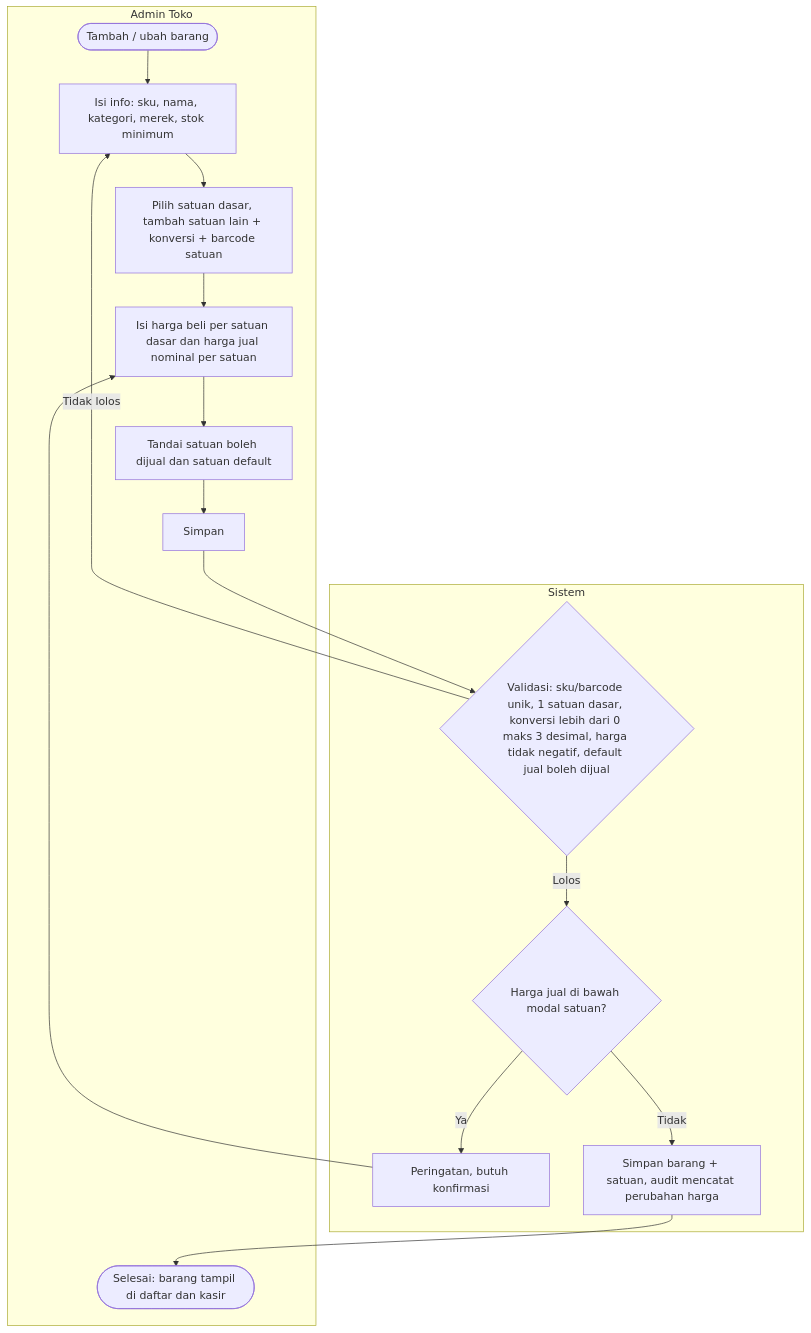
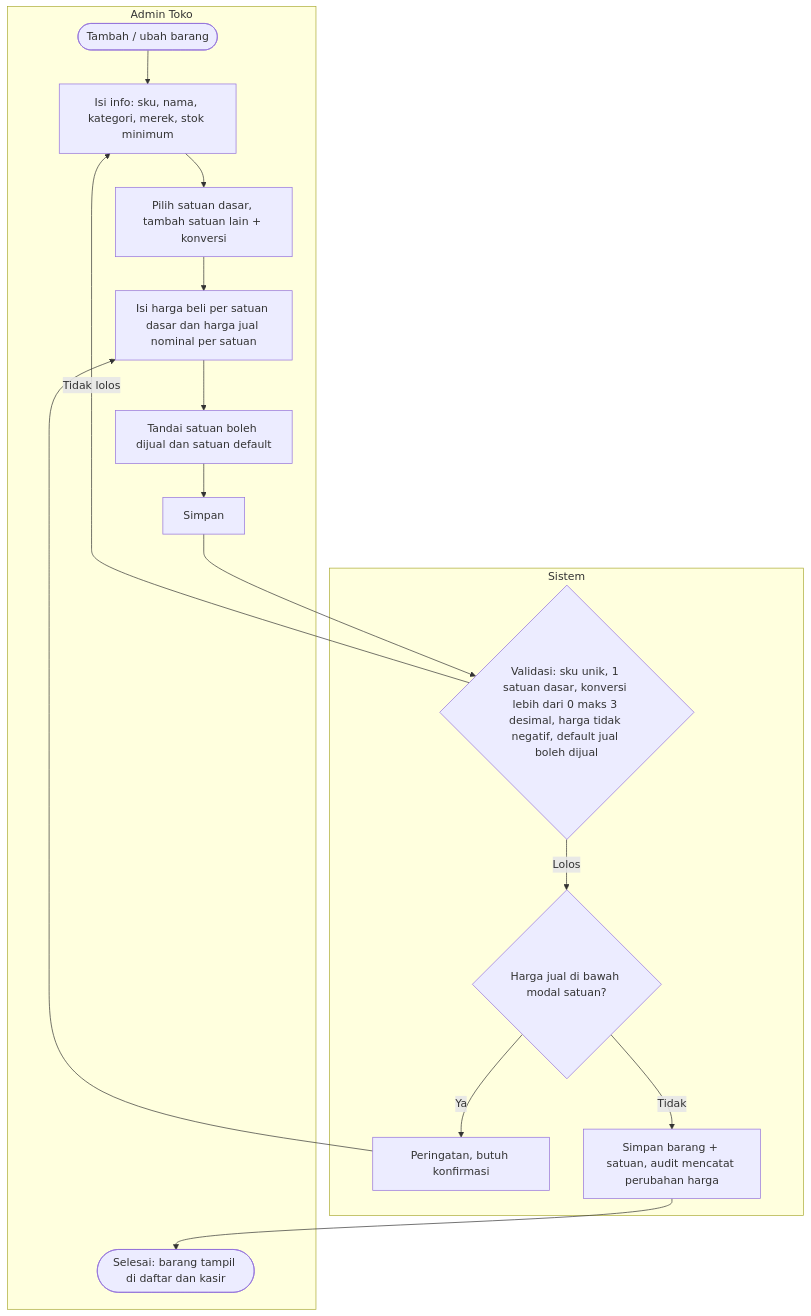
One commit to aliefpraditya/store-management changed the fourth of 30 diagrams in docs/analisis-sistem.md. Above: the diagram before and after it, drawn with Mermaid. The commit also changed other lines of this file and 113 other files, not shown here.

````diff
--- a/docs/analisis-sistem.md
+++ b/docs/analisis-sistem.md
@@ -481,22 +481,22 @@
 ```mermaid
 flowchart TD
     subgraph ADM["Admin Toko"]
         A1(["Tambah / ubah barang"]) --> A2["Isi info: sku, nama, kategori, merek, stok minimum"]
-        A2 --> A3["Pilih satuan dasar, tambah satuan lain + konversi + barcode satuan"]
+        A2 --> A3["Pilih satuan dasar, tambah satuan lain + konversi"]
         A3 --> A4["Isi harga beli per satuan dasar dan harga jual nominal per satuan"]
         A4 --> A5["Tandai satuan boleh dijual dan satuan default"]
         A5 --> A6["Simpan"]
         A12(["Selesai: barang tampil di daftar dan kasir"])
     end
     subgraph SYS["Sistem"]
-        S1{"Validasi: sku/barcode unik, 1 satuan dasar, konversi lebih dari 0 maks 3 desimal, harga tidak negatif, default jual boleh dijual"}
+        S1{"Validasi: sku unik, 1 satuan dasar, konversi lebih dari 0 maks 3 desimal, harga tidak negatif, default jual boleh dijual"}
         S2{"Harga jual di bawah modal satuan?"}
         S3["Peringatan, butuh konfirmasi"]
         S4["Simpan barang + satuan, audit mencatat perubahan harga"]
     end
     A6 --> S1
     S1 -->|"Tidak lolos"| A2
     S1 -->|"Lolos"| S2
     S2 -->|"Ya"| S3 --> A4
     S2 -->|"Tidak"| S4 --> A12
 ```
````
